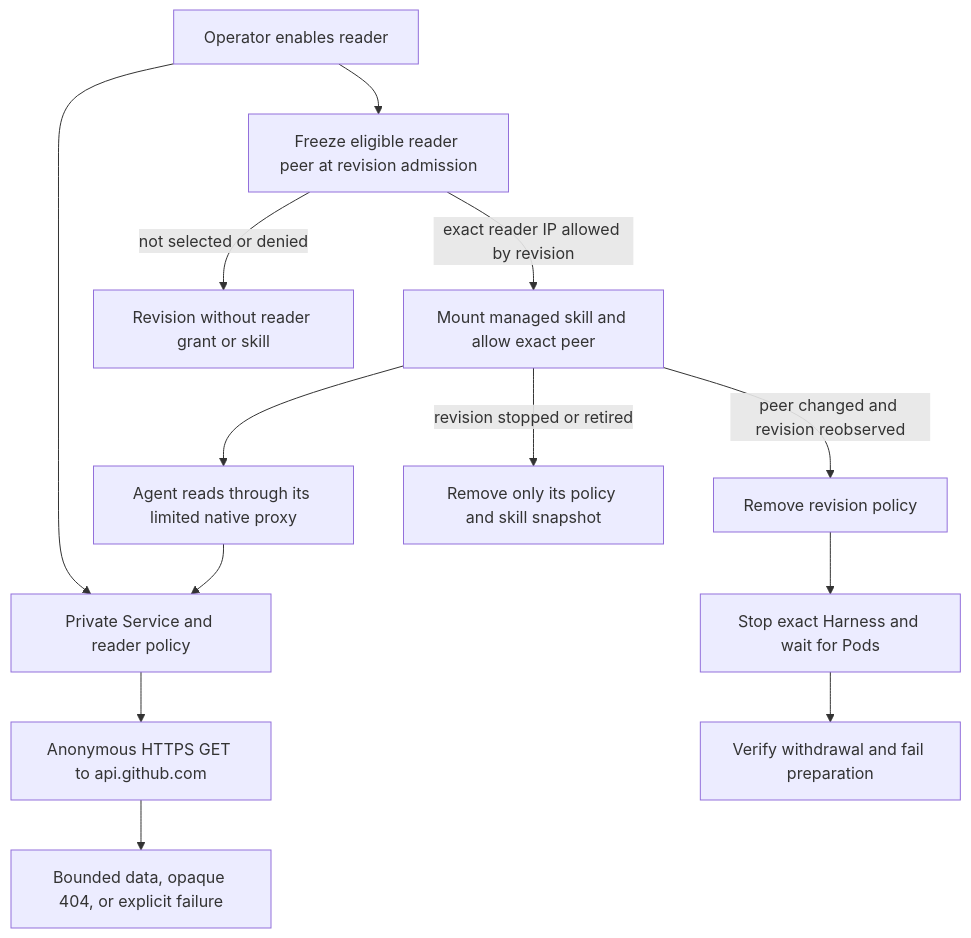
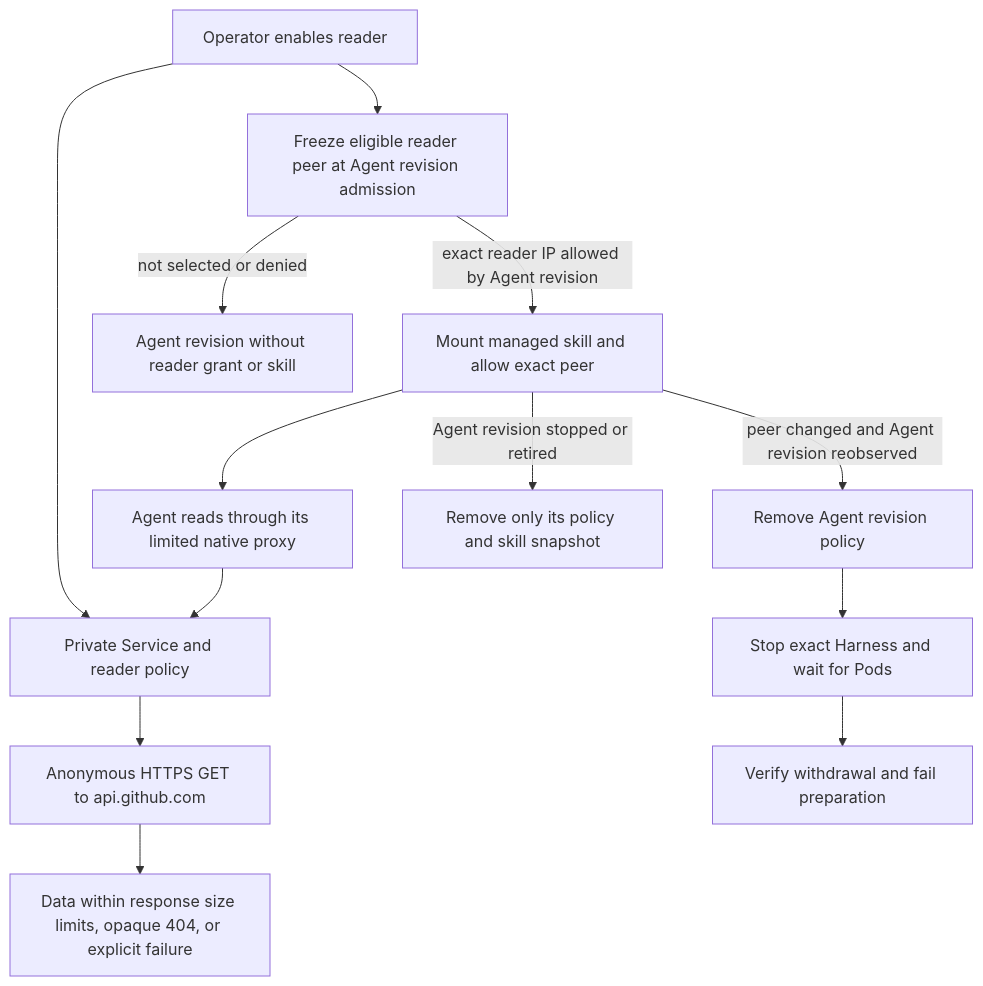
Before and after one commit to openclaw/openclaw-enterprise: the diagram in docs/flows/public-github-reads.md, drawn with Mermaid. The commit also changed other lines of this file and 198 other files, not shown here.

Commit message:
docs: clarify Agent revisions, versions, and limits

````diff
--- a/docs/flows/public-github-reads.md
+++ b/docs/flows/public-github-reads.md
@@ -23,15 +23,15 @@
 ```mermaid
 graph TD
   Profile["Operator enables reader"] --> Service["Private Service and reader policy"]
-  Profile --> Compute["Freeze eligible reader peer at revision admission"]
-  Compute -->|not selected or denied| Ordinary["Revision without reader grant or skill"]
-  Compute -->|exact reader IP allowed by revision| Revision["Mount managed skill and allow exact peer"]
+  Profile --> Compute["Freeze eligible reader peer at Agent revision admission"]
+  Compute -->|not selected or denied| Ordinary["Agent revision without reader grant or skill"]
+  Compute -->|exact reader IP allowed by Agent revision| Revision["Mount managed skill and allow exact peer"]
   Revision --> Proxy["Agent reads through its limited native proxy"]
   Proxy --> Service
   Service --> Github["Anonymous HTTPS GET to api.github.com"]
-  Github --> Result["Bounded data, opaque 404, or explicit failure"]
-  Revision -->|revision stopped or retired| Retire["Remove only its policy and skill snapshot"]
-  Revision -->|peer changed and revision reobserved| Narrow["Remove revision policy"]
+  Github --> Result["Data within response size limits, opaque 404, or explicit failure"]
+  Revision -->|Agent revision stopped or retired| Retire["Remove only its policy and skill snapshot"]
+  Revision -->|peer changed and Agent revision reobserved| Narrow["Remove Agent revision policy"]
   Narrow --> Stop["Stop exact Harness and wait for Pods"]
   Stop --> Withdraw["Verify withdrawal and fail preparation"]
 ```
````
